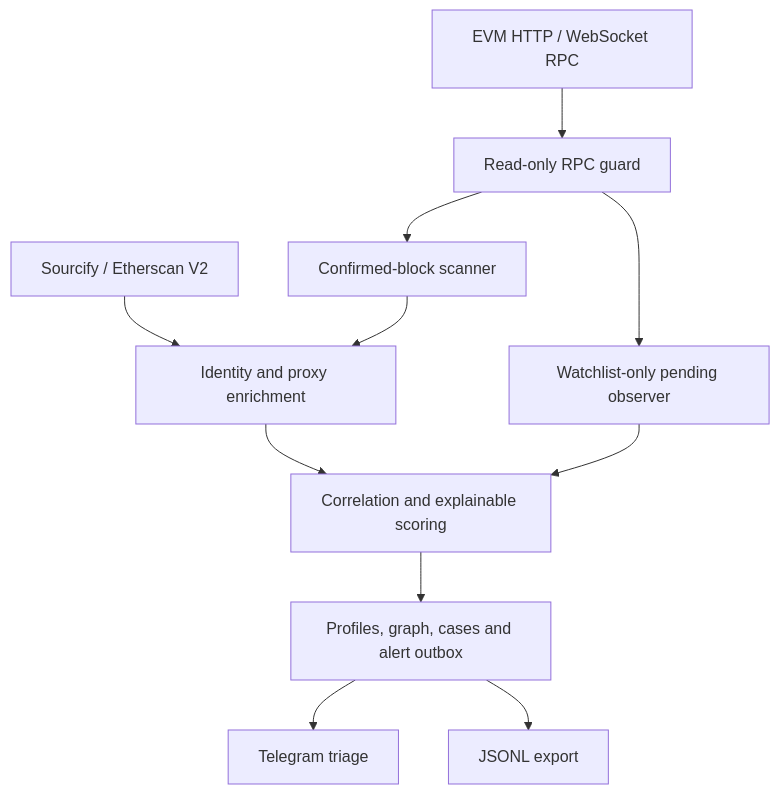
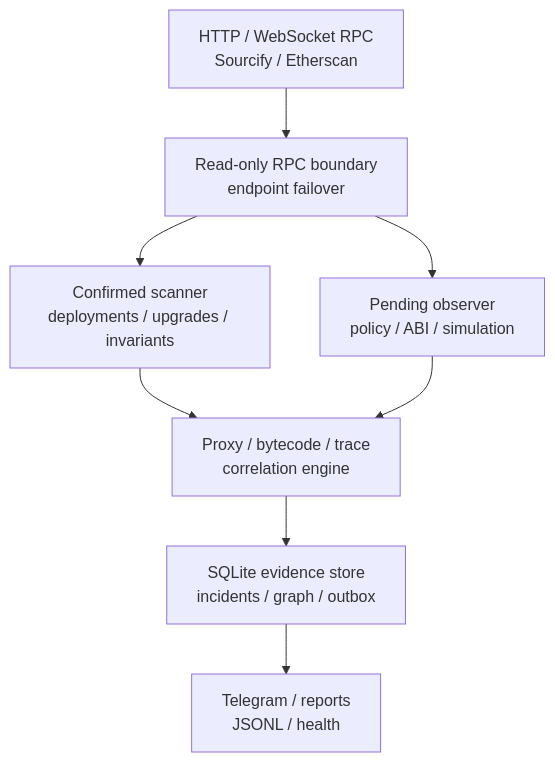
Before and after one commit to VolodymyrStetsenko/White-Radar: the diagram in README.md, drawn with Mermaid. The commit also changed other lines of this file and 50 other files, not shown here.

First line of the commit message:
Add protocol defense analysis engine (#9)

````diff
--- a/README.md
+++ b/README.md
@@ -46,13 +28,10 @@
 ```mermaid
 flowchart TD
-    RPC["EVM HTTP / WebSocket RPC"] --> Guard["Read-only RPC guard"]
-    Guard --> Confirmed["Confirmed-block scanner"]
-    Guard --> Pending["Watchlist-only pending observer"]
-    Explorer["Sourcify / Etherscan V2"] --> Enrich["Identity and proxy enrichment"]
-    Confirmed --> Enrich
-    Enrich --> Score["Correlation and explainable scoring"]
-    Pending --> Score
-    Score --> Store["Profiles, graph, cases and alert outbox"]
-    Store --> Telegram["Telegram triage"]
-    Store --> Export["JSONL export"]
+    Sources["HTTP / WebSocket RPC<br/>Sourcify / Etherscan"] --> Guard["Read-only RPC boundary<br/>endpoint failover"]
+    Guard --> Confirmed["Confirmed scanner<br/>deployments / upgrades / invariants"]
+    Guard --> Pending["Pending observer<br/>policy / ABI / simulation"]
+    Confirmed --> Analysis["Proxy / bytecode / trace<br/>correlation engine"]
+    Pending --> Analysis
+    Analysis --> Store["SQLite evidence store<br/>incidents / graph / outbox"]
+    Store --> Outputs["Telegram / reports<br/>JSONL / health"]
 ```
````
